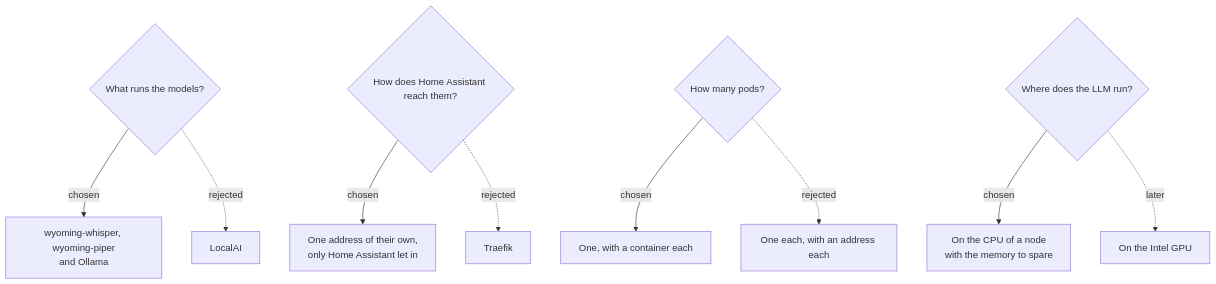
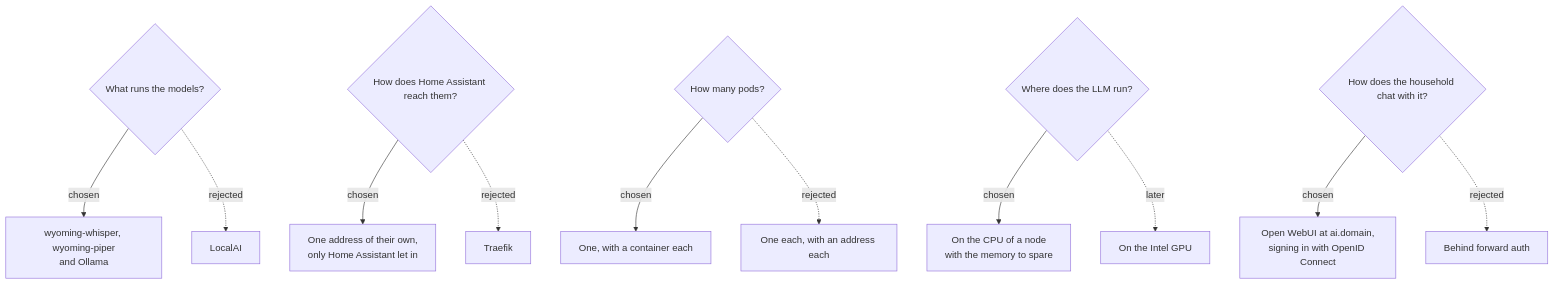
The diagram in docs/decisions/0012-voice-assistant.md (Brains-Beyond-Expectations/bbe-charts), drawn with Mermaid before and after one commit. The commit also changed other lines of this file and 19 other files, not shown here.

First line of the commit message:
feat(bbe-ai): chat with the LLM at ai.<domain> in Open WebUI, signing in with authentik

````diff
--- a/docs/decisions/0012-voice-assistant.md
+++ b/docs/decisions/0012-voice-assistant.md
@@ -21,18 +21,22 @@
 ```mermaid
 flowchart TD
     Q1{What runs the models?}
     Q1 -->|chosen| A1[wyoming-whisper, wyoming-piper<br/>and Ollama]
     Q1 -.->|rejected| B1[LocalAI]
 
     Q2{How does Home Assistant reach them?}
     Q2 -->|chosen| A2[One address of their own,<br/>only Home Assistant let in]
     Q2 -.->|rejected| B2[Traefik]
 
     Q3{How many pods?}
     Q3 -->|chosen| A3[One, with a container each]
     Q3 -.->|rejected| B3[One each, with an address each]
 
     Q4{Where does the LLM run?}
     Q4 -->|chosen| A4[On the CPU of a node<br/>with the memory to spare]
     Q4 -.->|later| B4[On the Intel GPU]
+
+    Q5{How does the household chat with it?}
+    Q5 -->|chosen| A5[Open WebUI at ai.domain,<br/>signing in with OpenID Connect]
+    Q5 -.->|rejected| B5[Behind forward auth]
 ```
````
